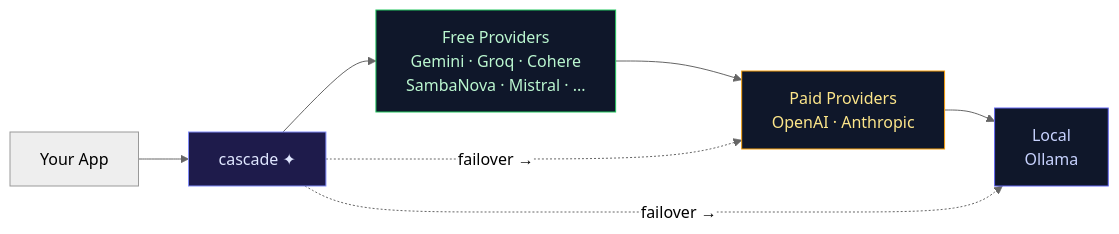
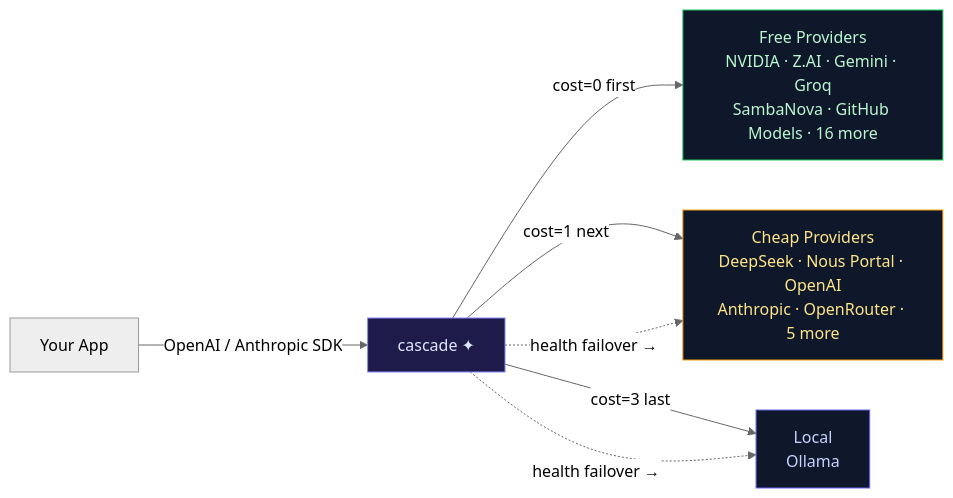
The diagram in README.md (chrisluersen/cascade), drawn with Mermaid (neutral theme) before and after one commit. The commit also changed other lines of this file, not shown here.

First line of the commit message:
docs(cascade): comprehensive README update with 36 providers, Bitwarden integration, 11-dim routing, updated architecture

````diff
--- a/README.md
+++ b/README.md
@@ -17,16 +16,18 @@
 ```mermaid
 flowchart LR
     App[Your App]
     C[cascade ✦]
-    F[Free Providers<br/>Gemini · Groq · Cohere<br/>SambaNova · Mistral · ...]
-    P[Paid Providers<br/>OpenAI · Anthropic]
+    F[Free Providers<br/>NVIDIA · Z.AI · Gemini · Groq<br/>SambaNova · GitHub Models · 16 more]
+    P[Cheap Providers<br/>DeepSeek · Nous Portal · OpenAI<br/>Anthropic · OpenRouter · 5 more]
     L[Local<br/>Ollama]
-    App --> C
-    C --> F --> P --> L
-    C -. "failover →" .-> P
-    C -. "failover →" .-> L
+    App -->|"OpenAI / Anthropic SDK"| C
+    C -->|"cost=0 first"| F
+    C -->|"cost=1 next"| P
+    C -->|"cost=3 last"| L
+    C -. "health failover →" .-> P
+    C -. "health failover →" .-> L
     style C fill:#1e1b4b,stroke:#818cf8,color:#e0e7ff
     style F fill:#0f172a,stroke:#22c55e,color:#bbf7d0
     style P fill:#0f172a,stroke:#f59e0b,color:#fde68a
     style L fill:#0f172a,stroke:#6366f1,color:#c7d2fe
 ```
````
